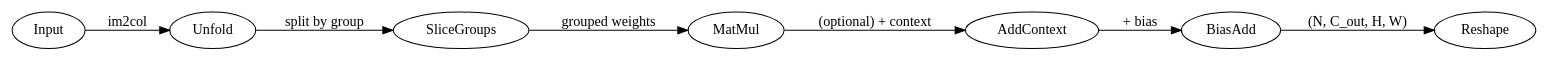
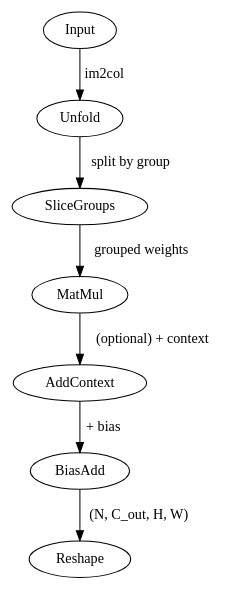
The diagram in docs/source/architecture.md (abbassix/ContextualConv), drawn with Graphviz before and after one commit.

Commit message:
doc: changing architecture diagram to a vertical diagram.

````diff
--- a/docs/source/architecture.md
+++ b/docs/source/architecture.md
@@ -5,13 +5,13 @@
 ```{graphviz}
 :caption: ContextualConv2d Architecture
 
 digraph ContextualConv2d {
-    rankdir=LR;
+    rankdir=TB;
     Input -> Unfold [label="im2col"];
     Unfold -> SliceGroups [label="split by group"];
     SliceGroups -> MatMul [label="grouped weights"];
     MatMul -> AddContext [label="(optional) + context"];
     AddContext -> BiasAdd [label="+ bias"];
     BiasAdd -> Reshape [label="(N, C_out, H, W)"];
 }
 ```
````
